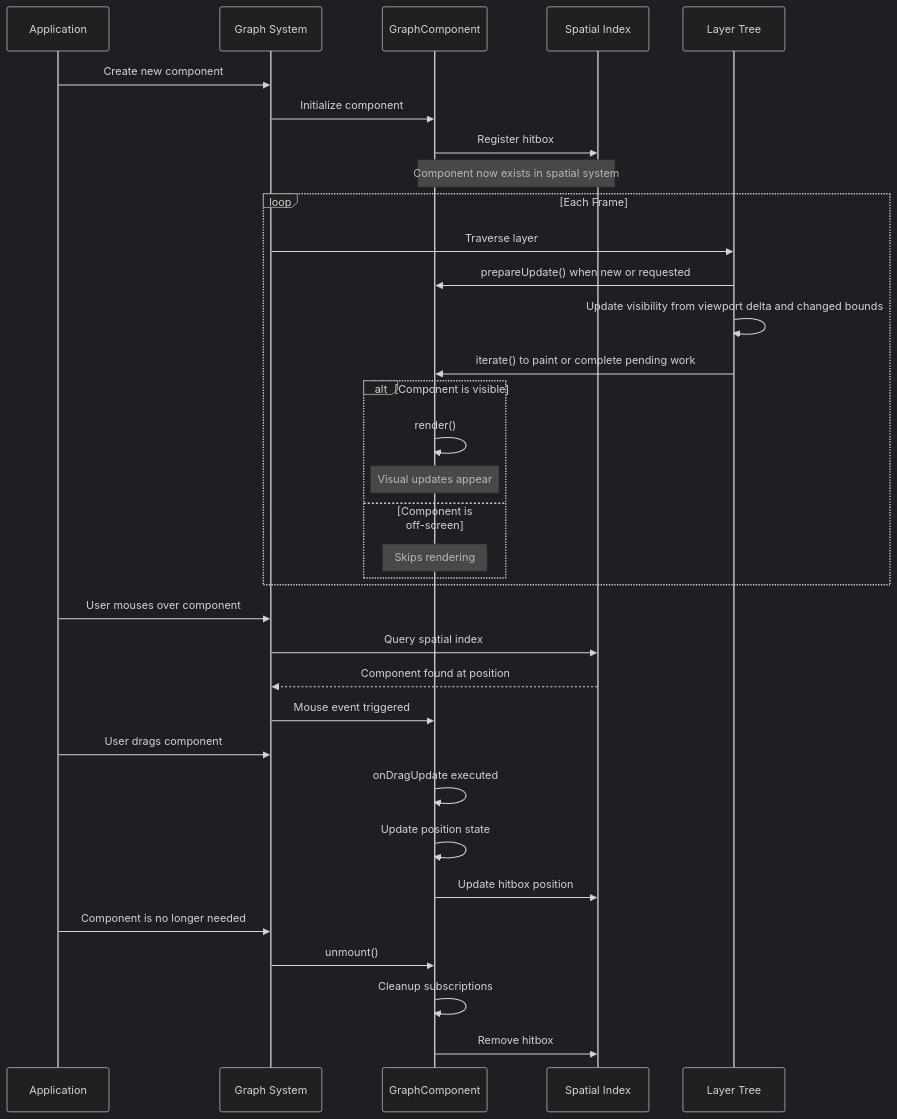
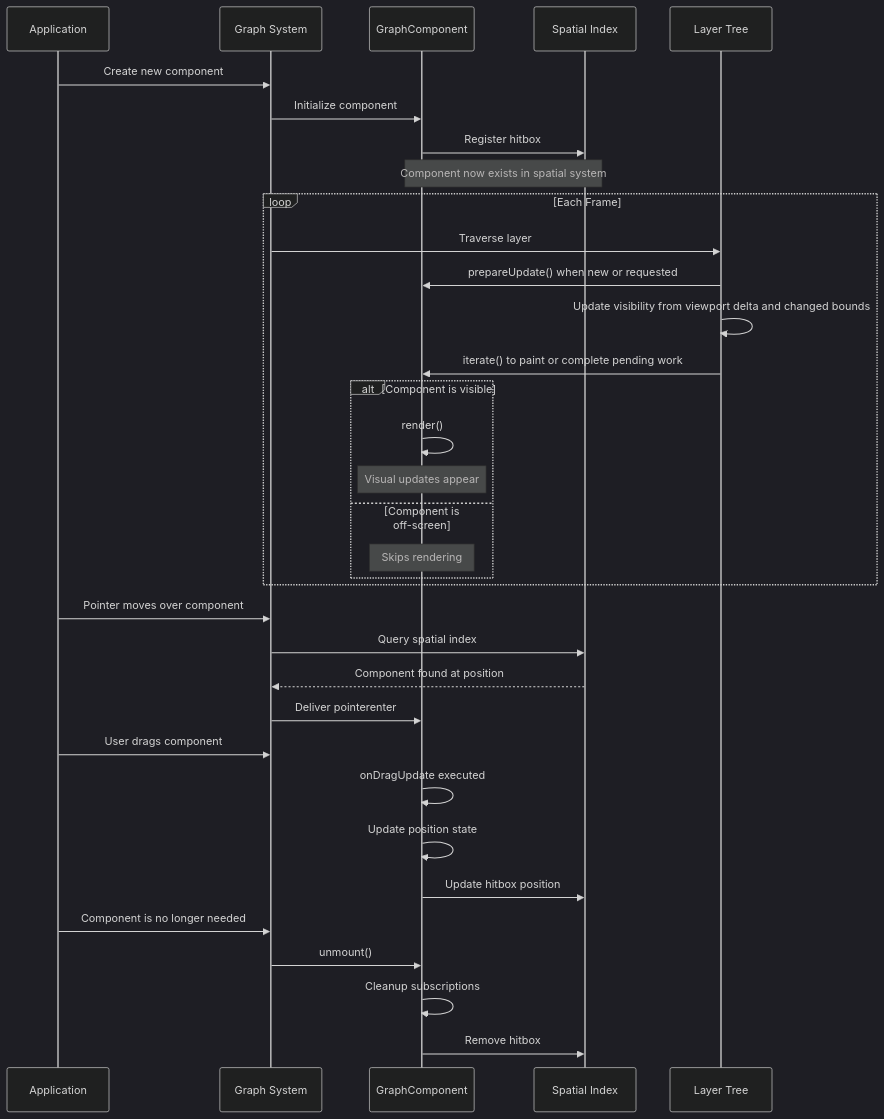
One commit to gravity-ui/graph changed the second of 2 diagrams in packages/graph/docs/components/canvas-graph-component.md. Above: the diagram before and after it, drawn with Mermaid (dark theme). The commit also changed other lines of this file and 170 other files, not shown here.

Commit message:
feat(graph)!: unify graph input on native Pointer Events

````diff
--- a/packages/graph/docs/components/canvas-graph-component.md
+++ b/packages/graph/docs/components/canvas-graph-component.md
@@ -407,43 +400,43 @@
 ```mermaid
 sequenceDiagram
     participant App as Application
     participant Graph as Graph System
     participant Comp as GraphComponent
     participant HitTest as Spatial Index
     participant Tree as Layer Tree
     
     App->>Graph: Create new component
     Graph->>Comp: Initialize component
     Comp->>HitTest: Register hitbox
     
     Note over Comp,HitTest: Component now exists in spatial system
     
     loop Each Frame
         Graph->>Tree: Traverse layer
         Tree->>Comp: prepareUpdate() when new or requested
         Tree->>Tree: Update visibility from viewport delta and changed bounds
         Tree->>Comp: iterate() to paint or complete pending work
         
         alt Component is visible
             Comp->>Comp: render()
             Note over Comp: Visual updates appear
         else Component is off-screen
             Note over Comp: Skips rendering
         end
     end
     
-    App->>Graph: User mouses over component
+    App->>Graph: Pointer moves over component
     Graph->>HitTest: Query spatial index
     HitTest-->>Graph: Component found at position
-    Graph->>Comp: Mouse event triggered
+    Graph->>Comp: Deliver pointerenter
     
     App->>Graph: User drags component
     Comp->>Comp: onDragUpdate executed
     Comp->>Comp: Update position state
     Comp->>HitTest: Update hitbox position
     
     App->>Graph: Component is no longer needed
     Graph->>Comp: unmount()
     Comp->>Comp: Cleanup subscriptions
     Comp->>HitTest: Remove hitbox
 ```
````
